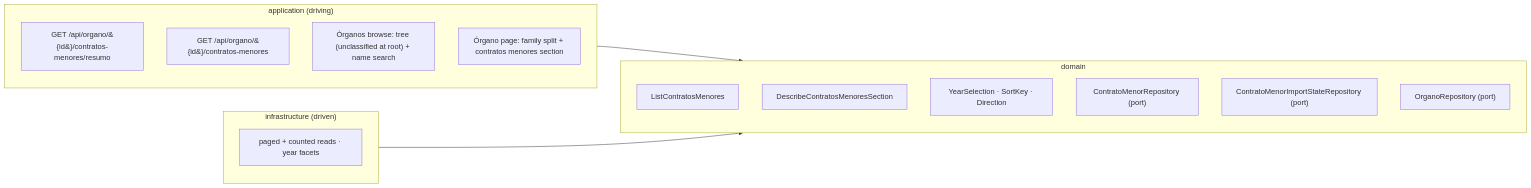
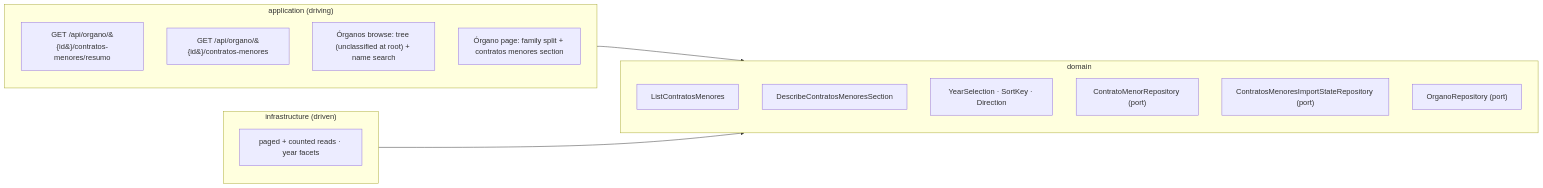
Before and after one commit to earelin/conxugal: the diagram in docs/features/FEAT-0011-contratos-menores-browsing/README.md, drawn with Mermaid. The commit also changed other lines of this file and 2 other files, not shown here.

````diff
--- a/docs/features/FEAT-0011-contratos-menores-browsing/README.md
+++ b/docs/features/FEAT-0011-contratos-menores-browsing/README.md
@@ -138,22 +141,22 @@
 ```mermaid
 flowchart LR
     subgraph application["application (driving)"]
         resumoApi["GET /api/organo/&#123;id&#125;/contratos-menores/resumo"]
         listApi["GET /api/organo/&#123;id&#125;/contratos-menores"]
         browseUi["Órganos browse: tree (unclassified at root) + name search"]
         pageUi["Órgano page: family split + contratos menores section"]
     end
     subgraph domain["domain"]
         listUc["ListContratosMenores"]
         resumoUc["DescribeContratosMenoresSection"]
         selection["YearSelection · SortKey · Direction"]
         contratoRepo["ContratoMenorRepository (port)"]
-        stateRepo["ContratoMenorImportStateRepository (port)"]
+        stateRepo["ContratosMenoresImportStateRepository (port)"]
         organoRepo["OrganoRepository (port)"]
     end
     subgraph infrastructure["infrastructure (driven)"]
         jdbcReads["paged + counted reads · year facets"]
     end
     application --> domain
     infrastructure --> domain
 ```
````
